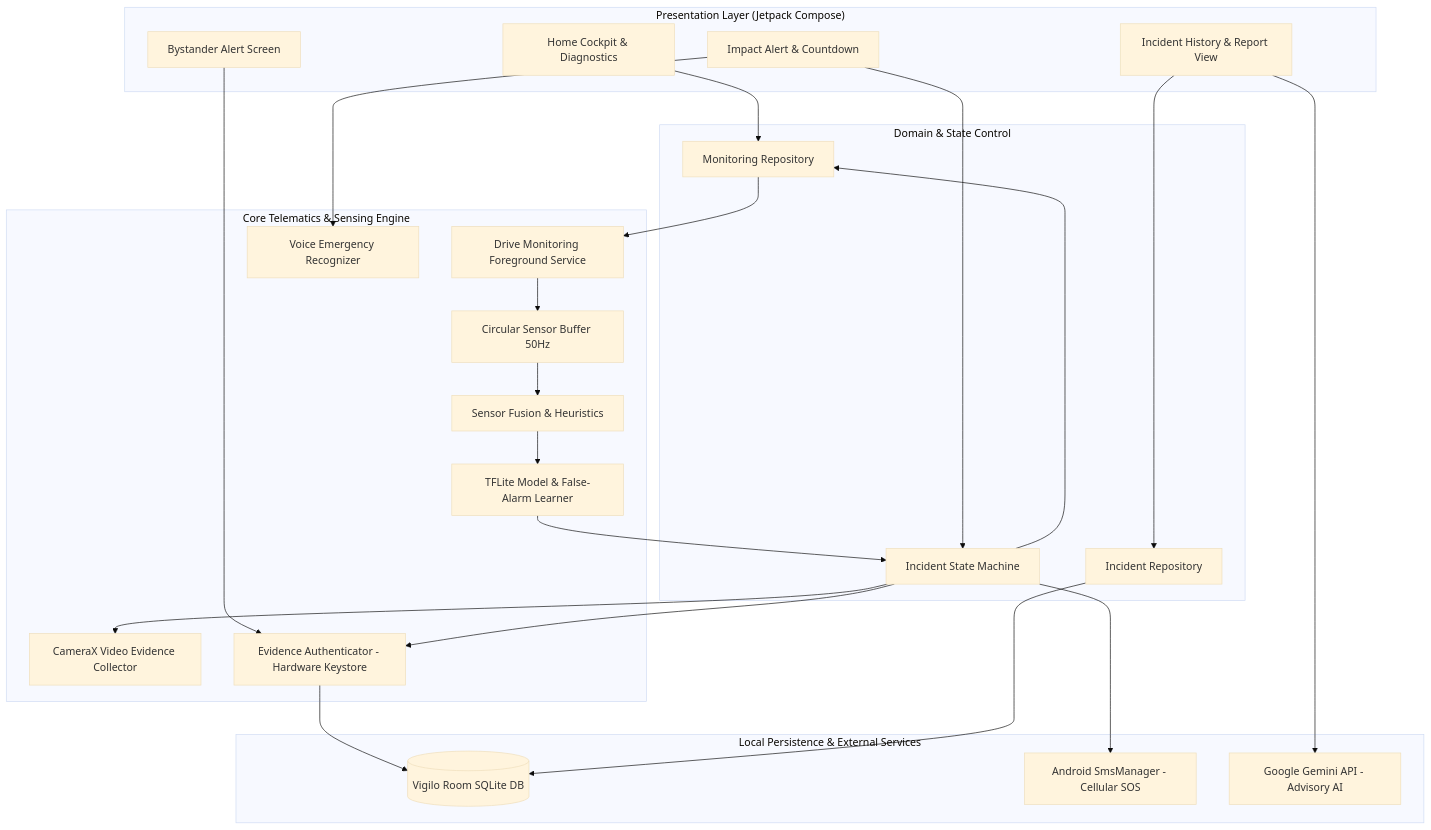
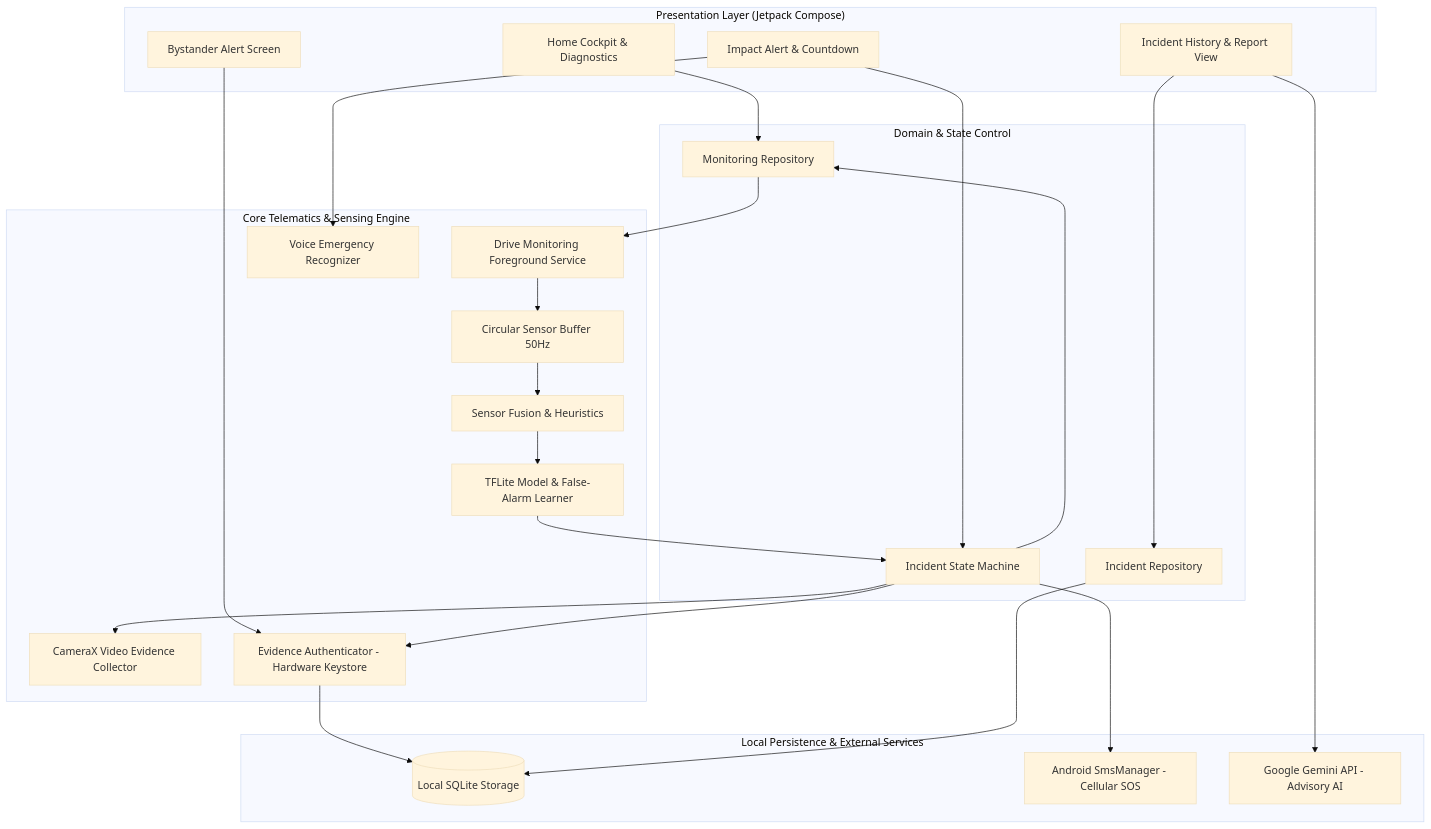
The diagram in README.md (BhvyaVaish/vigilo-showcase), drawn with Mermaid (base theme) before and after one commit. The commit also changed other lines of this file and 2 other files, not shown here.

````diff
--- a/README.md
+++ b/README.md
@@ -227,49 +296,49 @@
 ```mermaid
 graph TD
     subgraph UI_Layer ["Presentation Layer (Jetpack Compose)"]
         UI_Dash[Home Cockpit & Diagnostics]
         UI_Alert[Impact Alert & Countdown]
         UI_Bystander[Bystander Alert Screen]
         UI_Report[Incident History & Report View]
     end
 
     subgraph State_Layer ["Domain & State Control"]
         SM[Incident State Machine]
         Repo_Mon[Monitoring Repository]
         Repo_Inc[Incident Repository]
     end
 
     subgraph Core_Telematics ["Core Telematics & Sensing Engine"]
         FGS[Drive Monitoring Foreground Service]
         Buffer[Circular Sensor Buffer 50Hz]
         Physics[Sensor Fusion & Heuristics]
         TFLite[TFLite Model & False-Alarm Learner]
         Voice[Voice Emergency Recognizer]
         Camera[CameraX Video Evidence Collector]
         Security[Evidence Authenticator - Hardware Keystore]
     end
 
     subgraph Persistence_Layer ["Local Persistence & External Services"]
-        DB[(Vigilo Room SQLite DB)]
+        DB[(Local SQLite Storage)]
         SMS[Android SmsManager - Cellular SOS]
         Gemini[Google Gemini API - Advisory AI]
     end
 
     UI_Dash --> Repo_Mon
     UI_Alert --> SM
     UI_Alert --> Voice
     UI_Bystander --> Security
     UI_Report --> Repo_Inc
     SM --> Repo_Mon
     Repo_Mon --> FGS
     FGS --> Buffer
     Buffer --> Physics
     Physics --> TFLite
     TFLite --> SM
     SM --> Camera
     SM --> Security
     SM --> SMS
     Security --> DB
     Repo_Inc --> DB
     UI_Report --> Gemini
 ```
````
